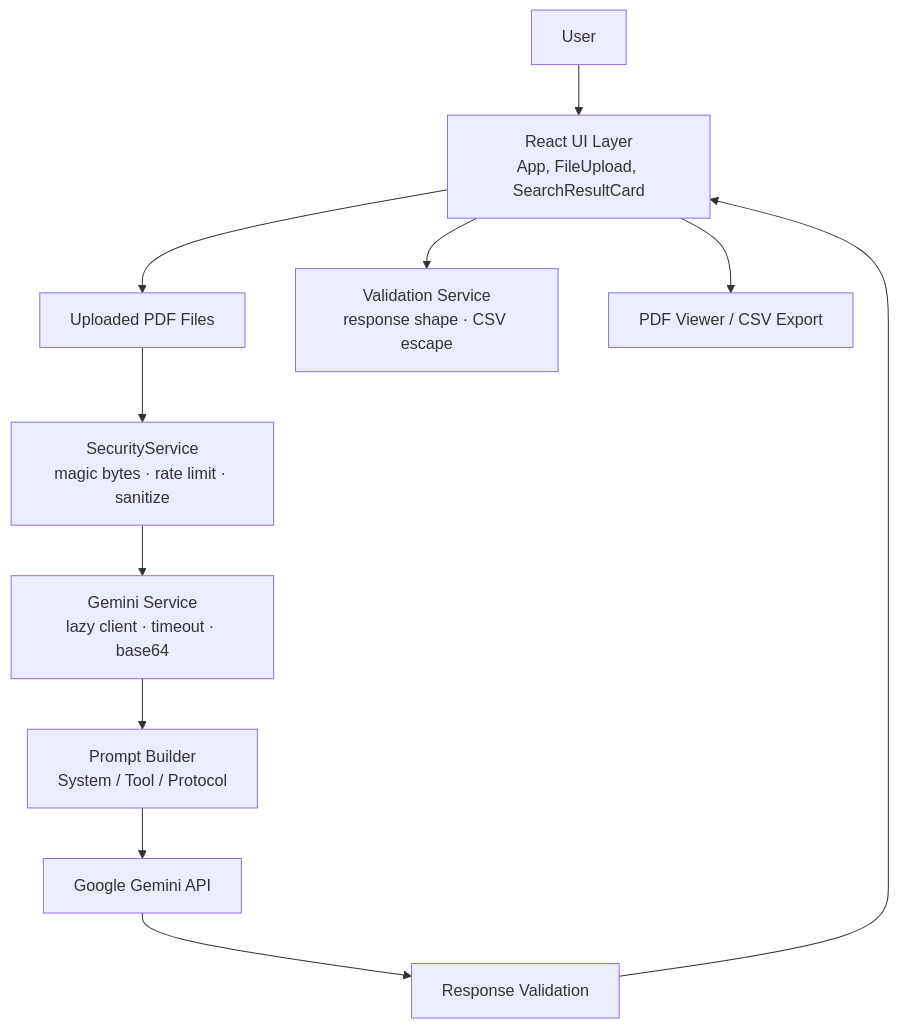
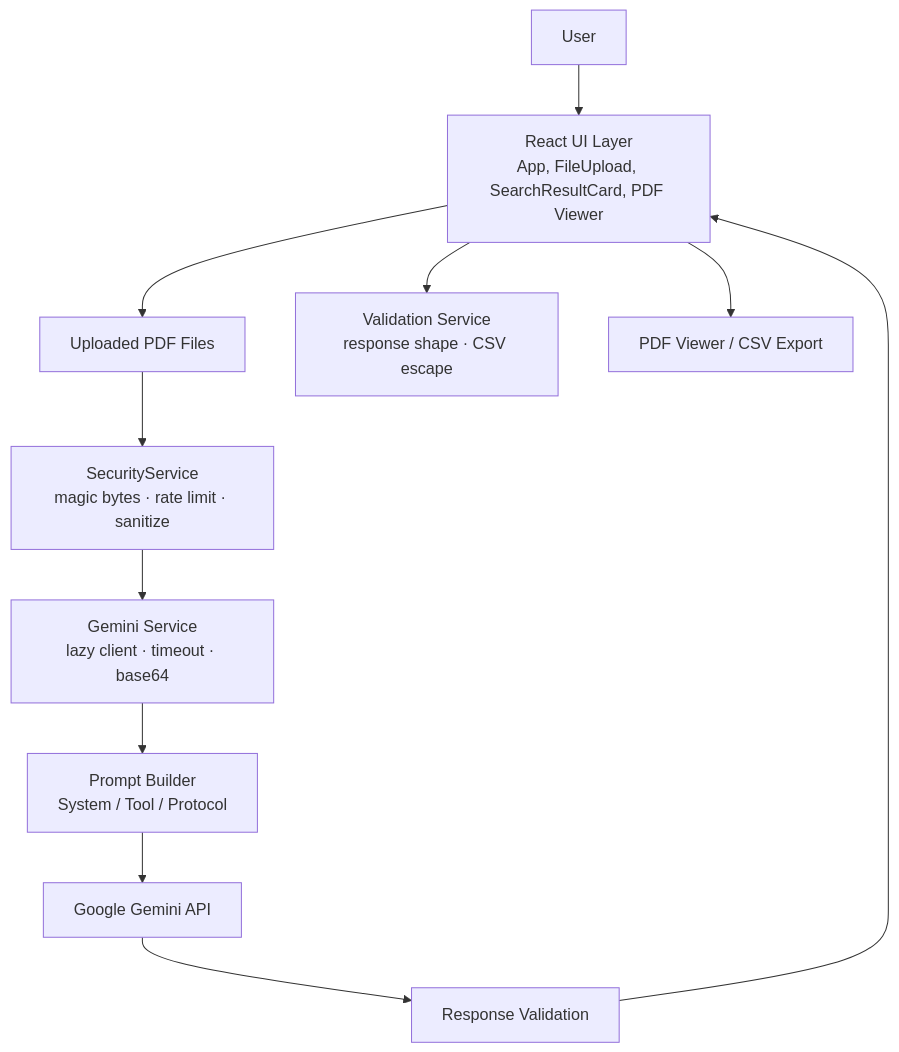
Before and after one commit to darshil0/gemini-pdf-retrieval-agent: the diagram in README.md, drawn with Mermaid. The commit also changed other lines of this file and 3 other files, not shown here.

````diff
--- a/README.md
+++ b/README.md
@@ -94,13 +95,13 @@
 ```mermaid
 flowchart TD
-    U[User] --> UI[React UI Layer<br/>App, FileUpload, SearchResultCard]
+    U[User] --> UI[React UI Layer<br/>App, FileUpload, SearchResultCard, PDF Viewer]
     UI --> Files[Uploaded PDF Files]
     Files --> Sec[SecurityService<br/>magic bytes · rate limit · sanitize]
     Sec --> G[Gemini Service<br/>lazy client · timeout · base64]
     UI --> V[Validation Service<br/>response shape · CSV escape]
     G --> P[Prompt Builder<br/>System / Tool / Protocol]
     P --> A[Google Gemini API]
     A --> R[Response Validation]
     R --> UI
     UI --> PDF[PDF Viewer / CSV Export]
 ```
````
